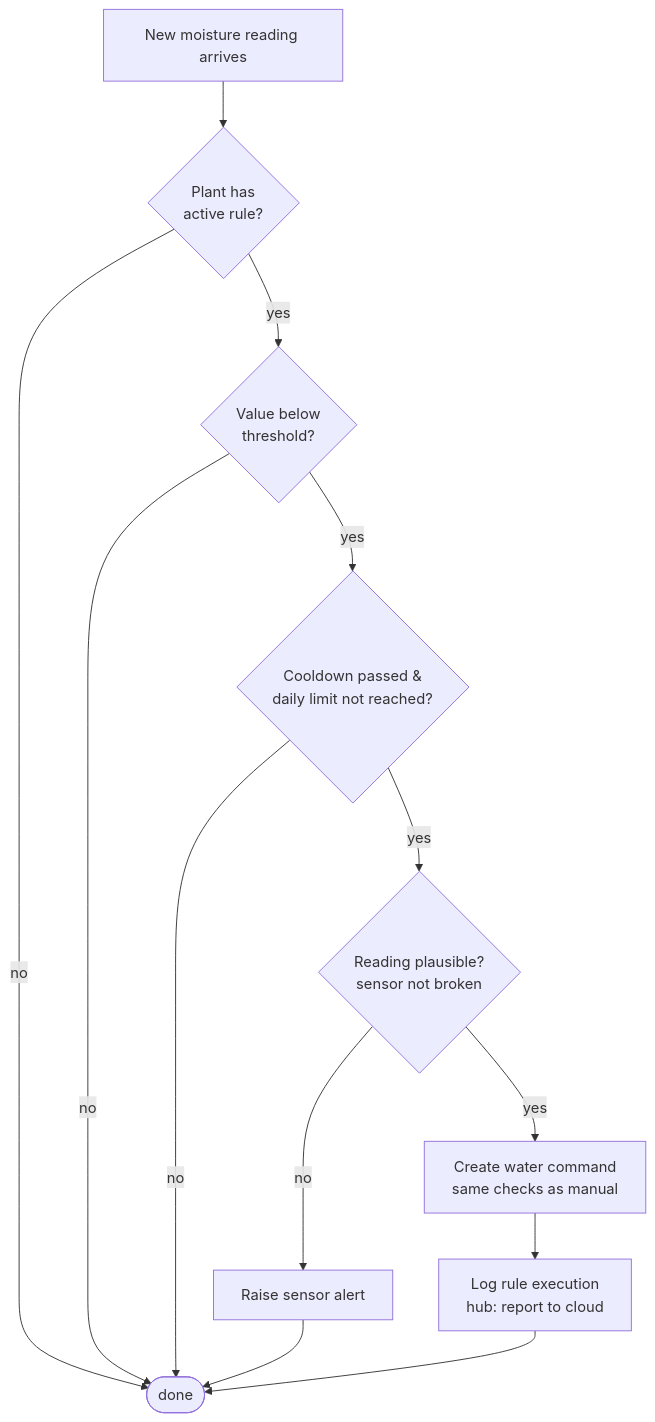
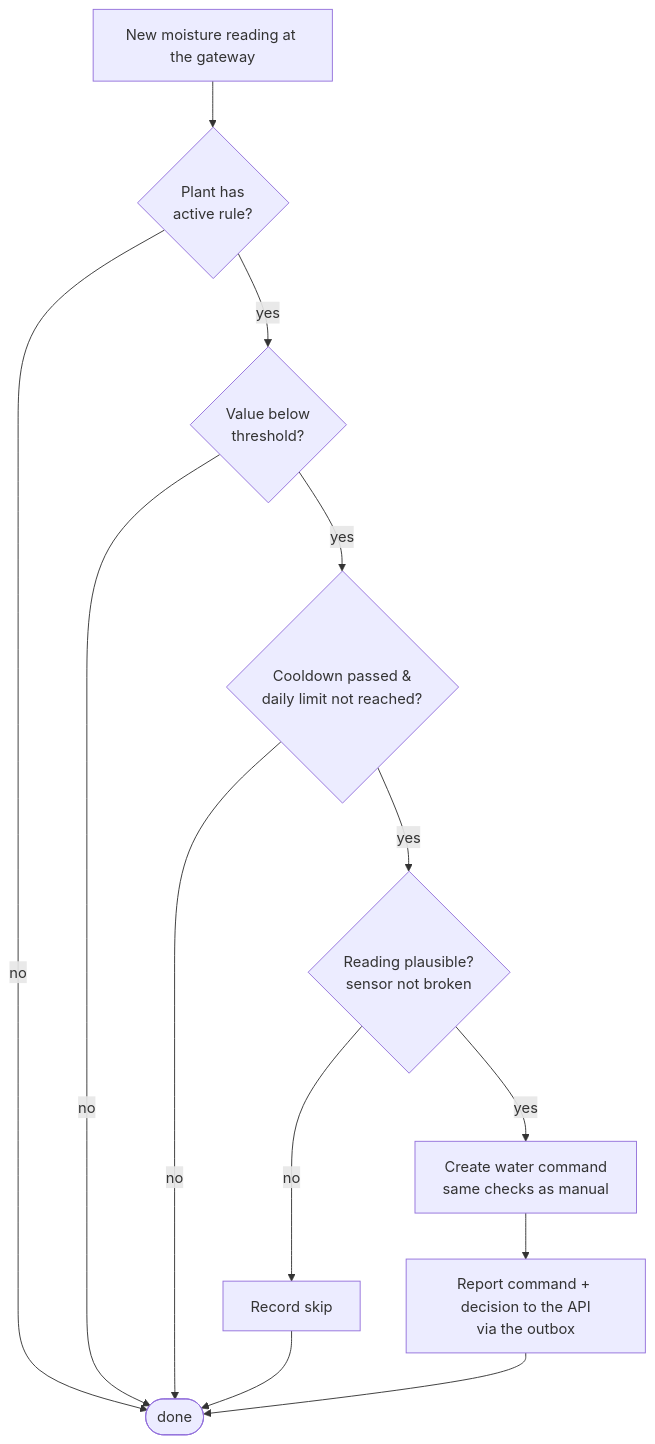
One commit to Hansom17/MoistureController changed diagram 11 of 13 in PROJECT.md. Above: the diagram before and after it, drawn with Mermaid. The commit also changed other lines of this file and 86 other files, not shown here.

First line of the commit message:
Switch plans to gateway + central API (v2) and remove obsolete v1 code

````diff
--- a/PROJECT.md
+++ b/PROJECT.md
@@ -471,14 +452,14 @@
 ```mermaid
 flowchart TD
-    A[New moisture reading arrives] --> B{Plant has<br/>active rule?}
+    A[New moisture reading at the gateway] --> B{Plant has<br/>active rule?}
     B -->|no| Z([done])
     B -->|yes| C{Value below<br/>threshold?}
     C -->|no| Z
     C -->|yes| D{Cooldown passed &<br/>daily limit not reached?}
     D -->|no| Z
     D -->|yes| E{Reading plausible?<br/>sensor not broken}
-    E -->|no| F[Raise sensor alert] --> Z
+    E -->|no| F[Record skip] --> Z
     E -->|yes| G[Create water command<br/>same checks as manual]
-    G --> H[Log rule execution<br/>hub: report to cloud]
+    G --> H[Report command + decision to the API<br/>via the outbox]
     H --> Z
 ```
````
